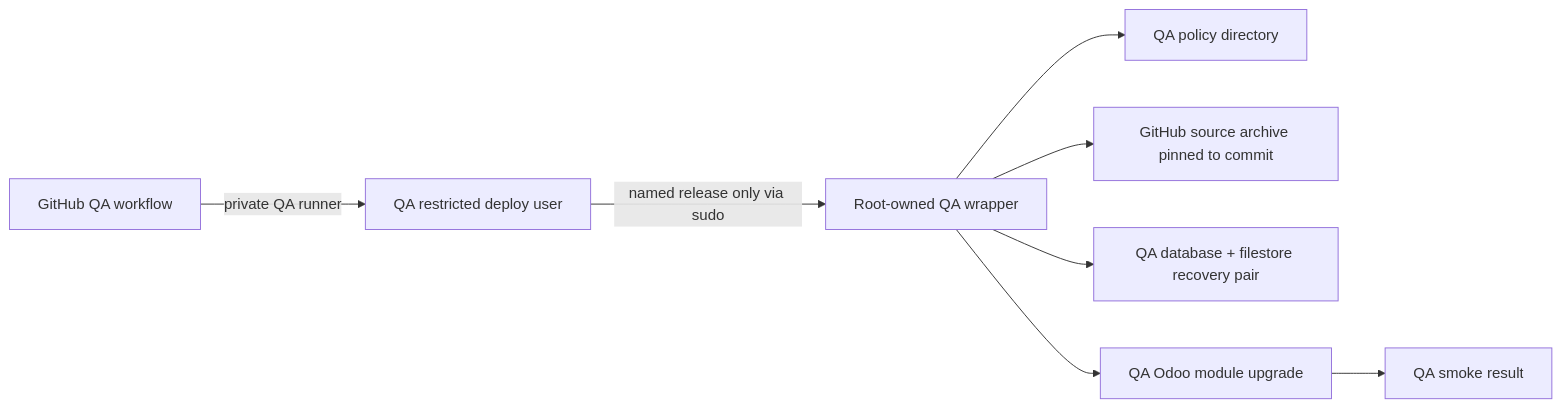
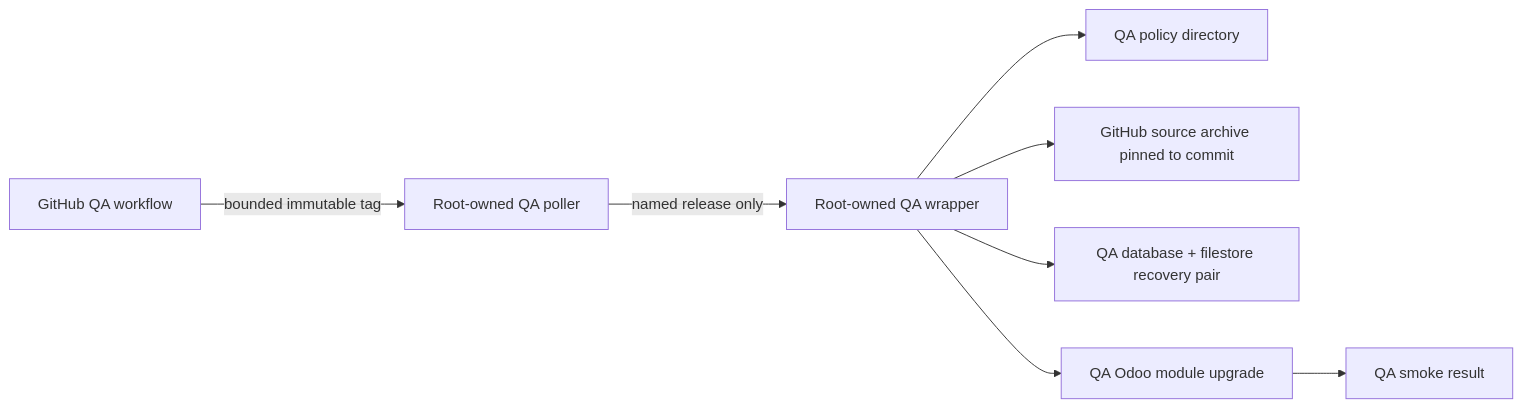
One commit to hajrix01-star/abroj-baseer-production changed the diagram in docs/build-governance/QA-GITHUB-DEPLOYMENT.md. Above: the diagram before and after it, drawn with Mermaid. The commit also changed other lines of this file and 8 other files, not shown here.

Commit message:
fix(qa): poll bounded release requests internally

````diff
--- a/docs/build-governance/QA-GITHUB-DEPLOYMENT.md
+++ b/docs/build-governance/QA-GITHUB-DEPLOYMENT.md
@@ -61,10 +62,10 @@
 ```mermaid
 flowchart LR
-  A[GitHub QA workflow] -->|private QA runner| B[QA restricted deploy user]
-  B -->|named release only via sudo| C[Root-owned QA wrapper]
+  A[GitHub QA workflow] -->|bounded immutable tag| B[Root-owned QA poller]
+  B -->|named release only| C[Root-owned QA wrapper]
   C --> D[QA policy directory]
   C --> E[GitHub source archive pinned to commit]
   C --> F[QA database + filestore recovery pair]
   C --> G[QA Odoo module upgrade]
   G --> H[QA smoke result]
 ```
````
